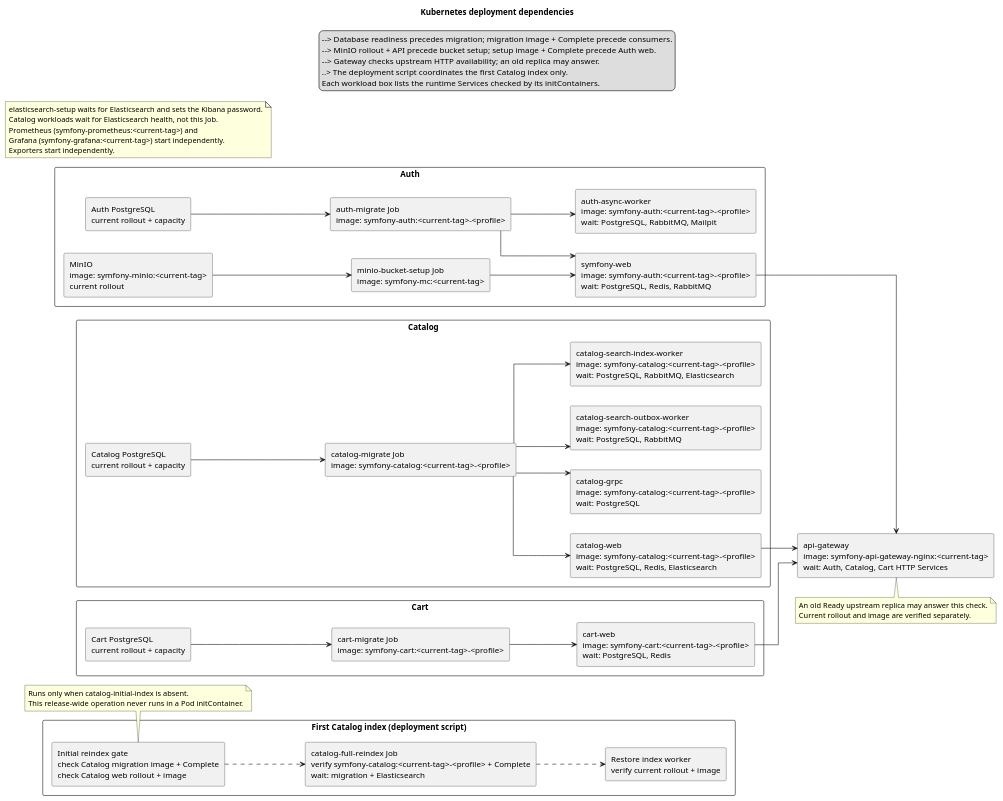
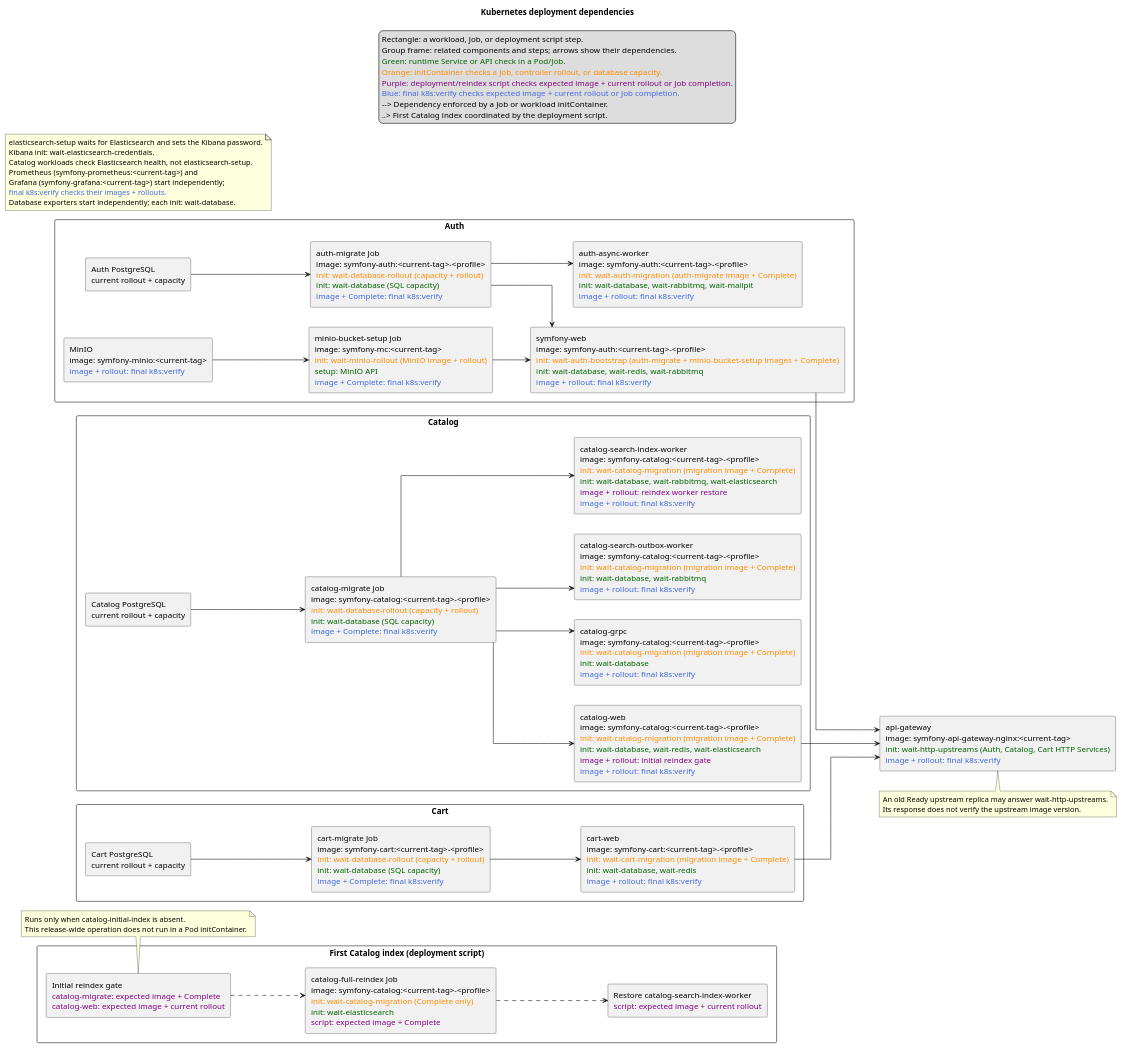
One commit to ivanserg0692/symfony2026 changed the diagram in symfony/docs/plantuml/kubernetes/deployment-dependencies.puml. Above: the diagram before and after it, drawn with PlantUML. The commit also changed 5 other files, not shown here.

Commit message:
task 11: document dependencies and update diagram

```diff
--- a/symfony/docs/plantuml/kubernetes/deployment-dependencies.puml
+++ b/symfony/docs/plantuml/kubernetes/deployment-dependencies.puml
@@ -1,88 +1,93 @@
 @startuml
 title Kubernetes deployment dependencies
 left to right direction
 skinparam componentStyle rectangle
 skinparam packageStyle rectangle
 skinparam shadowing false
 skinparam linetype ortho
 
 legend top
-  --> Database readiness precedes migration; migration image + Complete precede consumers.
-  --> MinIO rollout + API precede bucket setup; setup image + Complete precede Auth web.
-  --> Gateway checks upstream HTTP availability; an old replica may answer.
-  ..> The deployment script coordinates the first Catalog index only.
-  Each workload box lists the runtime Services checked by its initContainers.
+  Rectangle: a workload, Job, or deployment script step.
+  Group frame: related components and steps; arrows show their dependencies.
+  <color:DarkGreen>Green: runtime Service or API check in a Pod/Job.</color>
+  <color:DarkOrange>Orange: initContainer checks a Job, controller rollout, or database capacity.</color>
+  <color:Purple>Purple: deployment/reindex script checks expected image + current rollout or Job completion.</color>
+  <color:RoyalBlue>Blue: final k8s:verify checks expected image + current rollout or Job completion.</color>
+  --> Dependency enforced by a Job or workload initContainer.
+  ..> First Catalog index coordinated by the deployment script.
 endlegend
 
 package "Auth" {
   component "Auth PostgreSQL\ncurrent rollout + capacity" as AuthDb
-  component "auth-migrate Job\nimage: symfony-auth:<current-tag>-<profile>" as AuthMigrate
-  component "symfony-web\nimage: symfony-auth:<current-tag>-<profile>\nwait: PostgreSQL, Redis, RabbitMQ" as AuthWeb
-  component "auth-async-worker\nimage: symfony-auth:<current-tag>-<profile>\nwait: PostgreSQL, RabbitMQ, Mailpit" as AuthWorker
-  component "MinIO\nimage: symfony-minio:<current-tag>\ncurrent rollout" as Minio
-  component "minio-bucket-setup Job\nimage: symfony-mc:<current-tag>" as MinioSetup
+  component "auth-migrate Job\nimage: symfony-auth:<current-tag>-<profile>\n<color:DarkOrange>init: wait-database-rollout (capacity + rollout)</color>\n<color:DarkGreen>init: wait-database (SQL capacity)</color>\n<color:RoyalBlue>image + Complete: final k8s:verify</color>" as AuthMigrate
+  component "symfony-web\nimage: symfony-auth:<current-tag>-<profile>\n<color:DarkOrange>init: wait-auth-bootstrap (auth-migrate + minio-bucket-setup images + Complete)</color>\n<color:DarkGreen>init: wait-database, wait-redis, wait-rabbitmq</color>\n<color:RoyalBlue>image + rollout: final k8s:verify</color>" as AuthWeb
+  component "auth-async-worker\nimage: symfony-auth:<current-tag>-<profile>\n<color:DarkOrange>init: wait-auth-migration (auth-migrate image + Complete)</color>\n<color:DarkGreen>init: wait-database, wait-rabbitmq, wait-mailpit</color>\n<color:RoyalBlue>image + rollout: final k8s:verify</color>" as AuthWorker
+  component "MinIO\nimage: symfony-minio:<current-tag>\n<color:RoyalBlue>image + rollout: final k8s:verify</color>" as Minio
+  component "minio-bucket-setup Job\nimage: symfony-mc:<current-tag>\n<color:DarkOrange>init: wait-minio-rollout (MinIO image + rollout)</color>\n<color:DarkGreen>setup: MinIO API</color>\n<color:RoyalBlue>image + Complete: final k8s:verify</color>" as MinioSetup
 
   AuthDb --> AuthMigrate
   AuthMigrate --> AuthWeb
   AuthMigrate --> AuthWorker
   Minio --> MinioSetup
   MinioSetup --> AuthWeb
 }
 
 package "Catalog" {
   component "Catalog PostgreSQL\ncurrent rollout + capacity" as CatalogDb
-  component "catalog-migrate Job\nimage: symfony-catalog:<current-tag>-<profile>" as CatalogMigrate
-  component "catalog-web\nimage: symfony-catalog:<current-tag>-<profile>\nwait: PostgreSQL, Redis, Elasticsearch" as CatalogWeb
-  component "catalog-grpc\nimage: symfony-catalog:<current-tag>-<profile>\nwait: PostgreSQL" as CatalogGrpc
-  component "catalog-search-outbox-worker\nimage: symfony-catalog:<current-tag>-<profile>\nwait: PostgreSQL, RabbitMQ" as CatalogOutbox
-  component "catalog-search-index-worker\nimage: symfony-catalog:<current-tag>-<profile>\nwait: PostgreSQL, RabbitMQ, Elasticsearch" as CatalogIndex
+  component "catalog-migrate Job\nimage: symfony-catalog:<current-tag>-<profile>\n<color:DarkOrange>init: wait-database-rollout (capacity + rollout)</color>\n<color:DarkGreen>init: wait-database (SQL capacity)</color>\n<color:RoyalBlue>image + Complete: final k8s:verify</color>" as CatalogMigrate
+  component "catalog-web\nimage: symfony-catalog:<current-tag>-<profile>\n<color:DarkOrange>init: wait-catalog-migration (migration image + Complete)</color>\n<color:DarkGreen>init: wait-database, wait-redis, wait-elasticsearch</color>\n<color:Purple>image + rollout: initial reindex gate</color>\n<color:RoyalBlue>image + rollout: final k8s:verify</color>" as CatalogWeb
+  component "catalog-grpc\nimage: symfony-catalog:<current-tag>-<profile>\n<color:DarkOrange>init: wait-catalog-migration (migration image + Complete)</color>\n<color:DarkGreen>init: wait-database</color>\n<color:RoyalBlue>image + rollout: final k8s:verify</color>" as CatalogGrpc
+  component "catalog-search-outbox-worker\nimage: symfony-catalog:<current-tag>-<profile>\n<color:DarkOrange>init: wait-catalog-migration (migration image + Complete)</color>\n<color:DarkGreen>init: wait-database, wait-rabbitmq</color>\n<color:RoyalBlue>image + rollout: final k8s:verify</color>" as CatalogOutbox
+  component "catalog-search-index-worker\nimage: symfony-catalog:<current-tag>-<profile>\n<color:DarkOrange>init: wait-catalog-migration (migration image + Complete)</color>\n<color:DarkGreen>init: wait-database, wait-rabbitmq, wait-elasticsearch</color>\n<color:Purple>image + rollout: reindex worker restore</color>\n<color:RoyalBlue>image + rollout: final k8s:verify</color>" as CatalogIndex
 
   CatalogDb --> CatalogMigrate
   CatalogMigrate --> CatalogWeb
   CatalogMigrate --> CatalogGrpc
   CatalogMigrate --> CatalogOutbox
   CatalogMigrate --> CatalogIndex
 }
 
 package "Cart" {
   component "Cart PostgreSQL\ncurrent rollout + capacity" as CartDb
-  component "cart-migrate Job\nimage: symfony-cart:<current-tag>-<profile>" as CartMigrate
-  component "cart-web\nimage: symfony-cart:<current-tag>-<profile>\nwait: PostgreSQL, Redis" as CartWeb
+  component "cart-migrate Job\nimage: symfony-cart:<current-tag>-<profile>\n<color:DarkOrange>init: wait-database-rollout (capacity + rollout)</color>\n<color:DarkGreen>init: wait-database (SQL capacity)</color>\n<color:RoyalBlue>image + Complete: final k8s:verify</color>" as CartMigrate
+  component "cart-web\nimage: symfony-cart:<current-tag>-<profile>\n<color:DarkOrange>init: wait-cart-migration (migration image + Complete)</color>\n<color:DarkGreen>init: wait-database, wait-redis</color>\n<color:RoyalBlue>image + rollout: final k8s:verify</color>" as CartWeb
 
   CartDb --> CartMigrate
   CartMigrate --> CartWeb
 }
 
-component "api-gateway\nimage: symfony-api-gateway-nginx:<current-tag>\nwait: Auth, Catalog, Cart HTTP Services" as Gateway
+component "api-gateway\nimage: symfony-api-gateway-nginx:<current-tag>\n<color:DarkGreen>init: wait-http-upstreams (Auth, Catalog, Cart HTTP Services)</color>\n<color:RoyalBlue>image + rollout: final k8s:verify</color>" as Gateway
 AuthWeb --> Gateway
 CatalogWeb --> Gateway
 CartWeb --> Gateway
 
 package "First Catalog index (deployment script)" {
-  component "Initial reindex gate\ncheck Catalog migration image + Complete\ncheck Catalog web rollout + image" as ReindexGate
-  component "catalog-full-reindex Job\nverify symfony-catalog:<current-tag>-<profile> + Complete\nwait: migration + Elasticsearch" as ReindexJob
-  component "Restore index worker\nverify current rollout + image" as RestoreWorker
+  component "Initial reindex gate\n<color:Purple>catalog-migrate: expected image + Complete</color>\n<color:Purple>catalog-web: expected image + current rollout</color>" as ReindexGate
+  component "catalog-full-reindex Job\nimage: symfony-catalog:<current-tag>-<profile>\n<color:DarkOrange>init: wait-catalog-migration (Complete only)</color>\n<color:DarkGreen>init: wait-elasticsearch</color>\n<color:Purple>script: expected image + Complete</color>" as ReindexJob
+  component "Restore catalog-search-index-worker\n<color:Purple>script: expected image + current rollout</color>" as RestoreWorker
 
   ReindexGate ..> ReindexJob
   ReindexJob ..> RestoreWorker
 }
 
 note bottom of ReindexGate
   Runs only when catalog-initial-index is absent.
-  This release-wide operation never runs in a Pod initContainer.
+  This release-wide operation does not run in a Pod initContainer.
 end note
 
 note bottom of Gateway
-  An old Ready upstream replica may answer this check.
-  Current rollout and image are verified separately.
+  An old Ready upstream replica may answer wait-http-upstreams.
+  Its response does not verify the upstream image version.
 end note
 
 note as Independent
   elasticsearch-setup waits for Elasticsearch and sets the Kibana password.
-  Catalog workloads wait for Elasticsearch health, not this Job.
+  Kibana init: wait-elasticsearch-credentials.
+  Catalog workloads check Elasticsearch health, not elasticsearch-setup.
   Prometheus (symfony-prometheus:<current-tag>) and
-  Grafana (symfony-grafana:<current-tag>) start independently.
-  Exporters start independently.
+  Grafana (symfony-grafana:<current-tag>) start independently;
+  <color:RoyalBlue>final k8s:verify checks their images + rollouts.</color>
+  Database exporters start independently; each init: wait-database.
 end note
 
 @enduml
```
